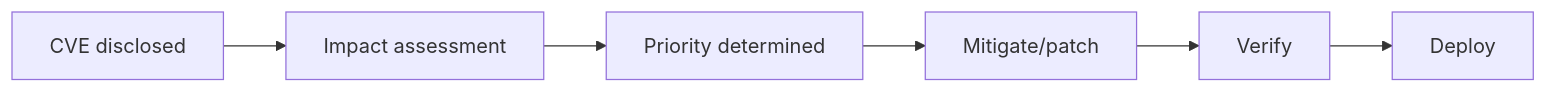
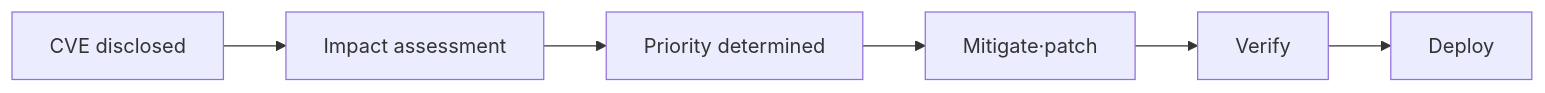
One commit to cloudpickr/cloudpick-docs changed the second of 2 diagrams in src/content/docs/en/devops/patch-and-vulnerability.md. Above: the diagram before and after it, drawn with Mermaid. The commit also changed 29 other files, not shown here.

First line of the commit message:
fix: Mermaid 전수조사 — 노드 라벨 슬래시 13건 수정 (ko/en/ja)

````diff
--- a/src/content/docs/en/devops/patch-and-vulnerability.md
+++ b/src/content/docs/en/devops/patch-and-vulnerability.md
@@ -78,4 +78,4 @@
 ```mermaid
 graph LR
-    A[CVE disclosed] --> B[Impact assessment] --> C[Priority determined] --> D[Mitigate/patch] --> E[Verify] --> F[Deploy]
+    A[CVE disclosed] --> B[Impact assessment] --> C[Priority determined] --> D[Mitigate·patch] --> E[Verify] --> F[Deploy]
 ```
````
